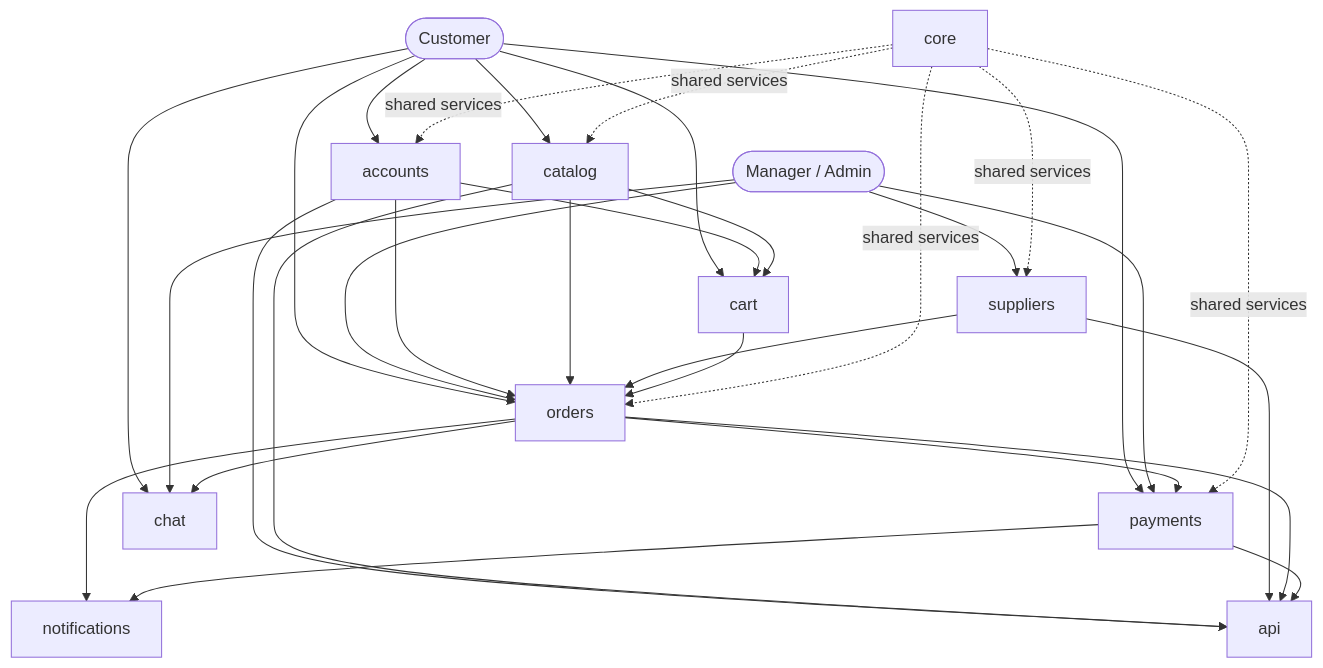
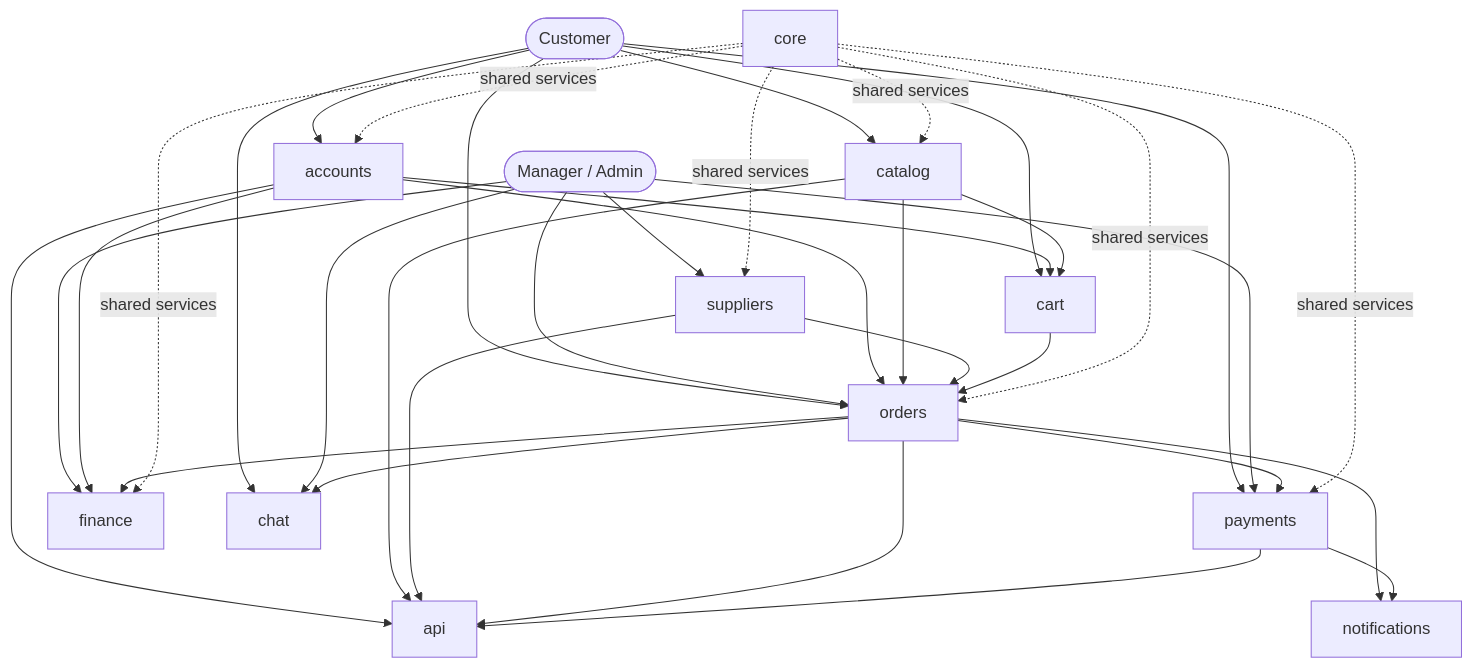
Before and after one commit to asmpc/Shop_ePower: the first of 2 diagrams in README.md, drawn with Mermaid. The commit also changed other lines of this file and 13 other files, not shown here.

Commit message:
feat: link orders to customer financial accounts

````diff
--- a/README.md
+++ b/README.md
@@ -253,51 +289,56 @@
 ```mermaid
 flowchart TD
     Customer([Customer])
     Manager([Manager / Admin])
 
     Accounts[accounts]
     Catalog[catalog]
     Suppliers[suppliers]
     Cart[cart]
     Orders[orders]
     Payments[payments]
+    Finance[finance]
     Notifications[notifications]
     Chat[chat]
     API[api]
     Core[core]
 
     Customer --> Accounts
     Customer --> Catalog
     Customer --> Cart
     Customer --> Orders
     Customer --> Payments
     Customer --> Chat
 
     Manager --> Orders
     Manager --> Payments
+    Manager --> Finance
     Manager --> Chat
     Manager --> Suppliers
 
     Accounts --> Cart
     Accounts --> Orders
+    Accounts --> Finance
     Catalog --> Cart
     Catalog --> Orders
     Suppliers --> Orders
     Cart --> Orders
     Orders --> Payments
+    Orders --> Finance
     Orders --> Notifications
     Orders --> Chat
     Payments --> Notifications
 
     Accounts --> API
     Catalog --> API
     Suppliers --> API
     Orders --> API
     Payments --> API
 
     Core -. shared services .-> Accounts
     Core -. shared services .-> Catalog
     Core -. shared services .-> Suppliers
     Core -. shared services .-> Orders
     Core -. shared services .-> Payments
+    Core -. shared services .-> Finance
 ```
````
